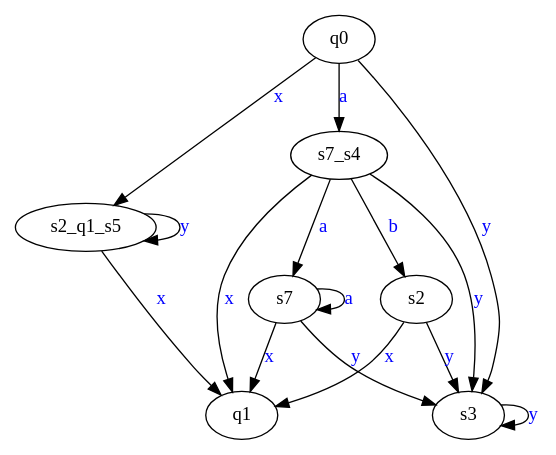
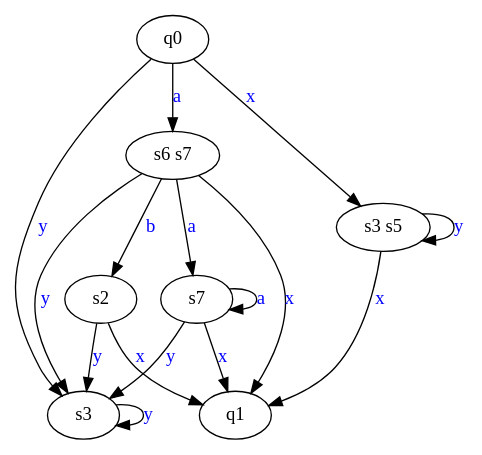
Before and after one commit to SmartPhoneJava/compiler-design: the diagram in assets/v6.dot, drawn with Graphviz. The commit also changed 17 other files, not shown here.

```diff
--- a/assets/v6.dot
+++ b/assets/v6.dot
@@ -1,25 +1,25 @@
 digraph G {
-	s2_q1_s5->q1[ label=<<font color="blue">x</font>> ];
-	s2->q1[ label=<<font color="blue">x</font>> ];
-	q0->s3[ label=<<font color="blue">y</font>> ];
-	s7_s4->q1[ label=<<font color="blue">x</font>> ];
-	s7->s7[ label=<<font color="blue">a</font>> ];
-	s7_s4->s3[ label=<<font color="blue">y</font>> ];
-	s7_s4->s2[ label=<<font color="blue">b</font>> ];
-	s2->s3[ label=<<font color="blue">y</font>> ];
-	q0->s7_s4[ label=<<font color="blue">a</font>> ];
-	q0->s2_q1_s5[ label=<<font color="blue">x</font>> ];
-	s7->s3[ label=<<font color="blue">y</font>> ];
-	s7->q1[ label=<<font color="blue">x</font>> ];
-	s2_q1_s5->s2_q1_s5[ label=<<font color="blue">y</font>> ];
-	s7_s4->s7[ label=<<font color="blue">a</font>> ];
-	s3->s3[ label=<<font color="blue">y</font>> ];
+	"s3"->"s3"[ label=<<font color="blue">y</font>> ];
+	q0->"s3 s5"[ label=<<font color="blue">x</font>> ];
+	q0->"s6 s7"[ label=<<font color="blue">a</font>> ];
+	"s6 s7"->"s7"[ label=<<font color="blue">a</font>> ];
+	"s2"->"q1"[ label=<<font color="blue">x</font>> ];
+	"s7"->"s3"[ label=<<font color="blue">y</font>> ];
+	"s3 s5"->"s3 s5"[ label=<<font color="blue">y</font>> ];
+	"s6 s7"->"s2"[ label=<<font color="blue">b</font>> ];
+	"s6 s7"->"q1"[ label=<<font color="blue">x</font>> ];
+	"s2"->"s3"[ label=<<font color="blue">y</font>> ];
+	"s7"->"q1"[ label=<<font color="blue">x</font>> ];
+	"s7"->"s7"[ label=<<font color="blue">a</font>> ];
+	q0->"s3"[ label=<<font color="blue">y</font>> ];
+	"s6 s7"->"s3"[ label=<<font color="blue">y</font>> ];
+	"s3 s5"->"q1"[ label=<<font color="blue">x</font>> ];
+	"q1";
+	"s2";
+	"s3 s5";
+	"s3";
+	"s6 s7";
+	"s7";
 	q0;
-	q1;
-	s2;
-	s2_q1_s5;
-	s3;
-	s7;
-	s7_s4;
 
 }
```
